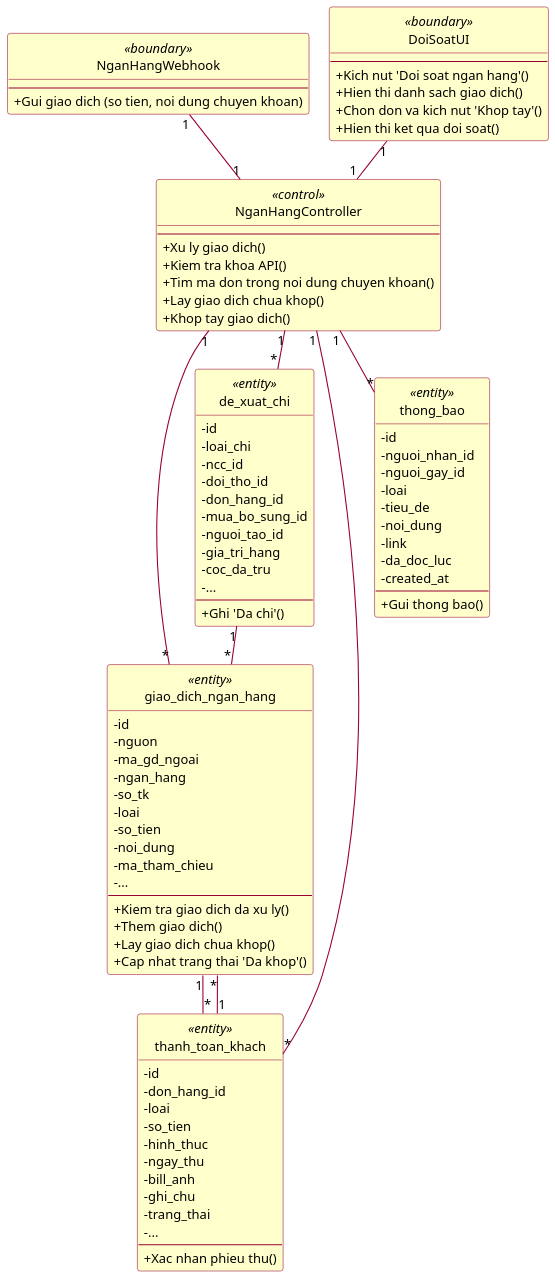
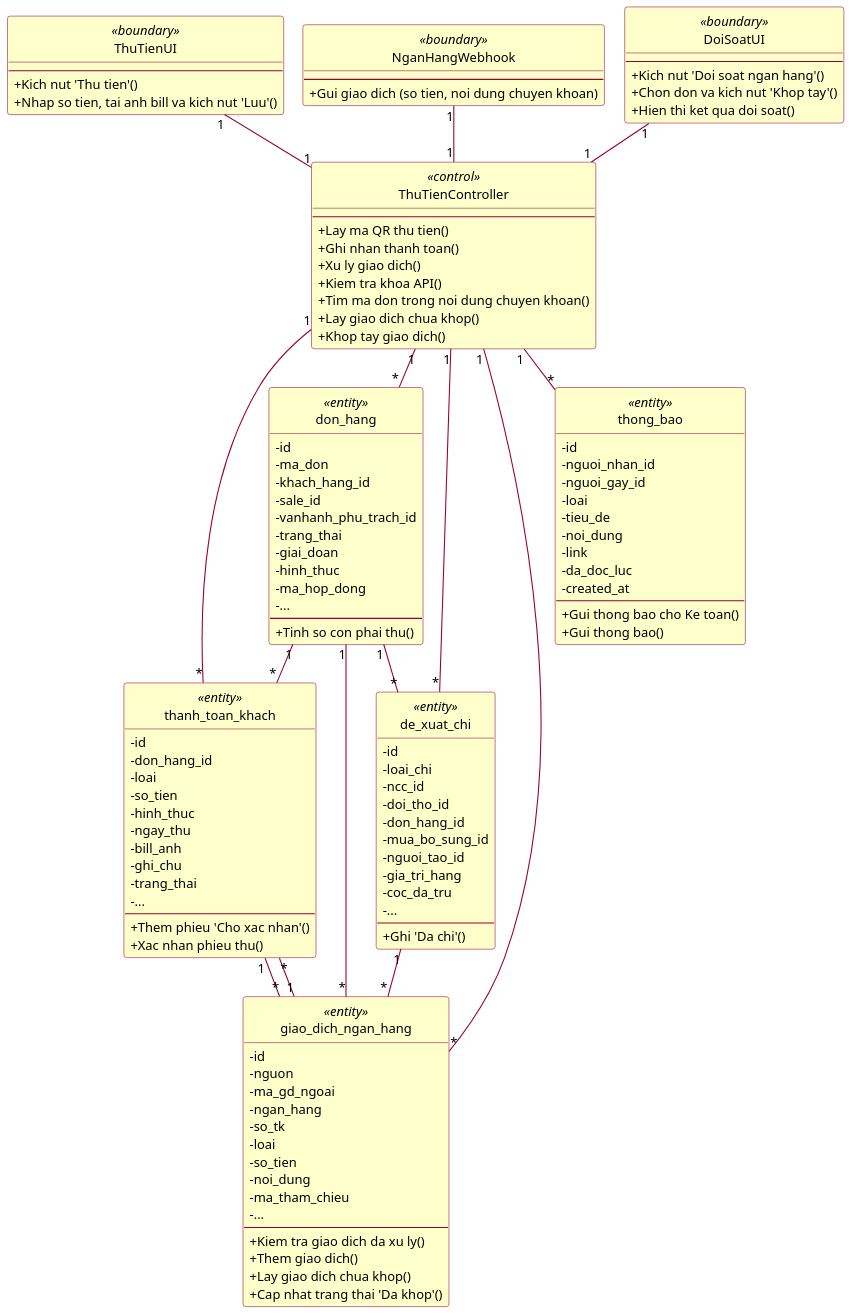
The diagram in _hinh/puml_rose/cls_doi_soat.puml (simunaroo/ERP), drawn with PlantUML before and after one commit. The commit also changed 70 other files, not shown here.

First line of the commit message:
docs: cap nhat README, so do va cong cu bao cao (bao cao rut gon con 74 trang)

```diff
--- a/_hinh/puml_rose/cls_doi_soat.puml
+++ b/_hinh/puml_rose/cls_doi_soat.puml
@@ -1,114 +1,141 @@
 @startuml cls_doi_soat
 !pragma layout smetana
 skinparam dpi 150
 skinparam defaultFontName Arial
 skinparam defaultFontSize 12
 skinparam shadowing false
 skinparam ArrowColor #990033
 skinparam ActorBorderColor #990033
 skinparam ActorBackgroundColor #FFFFCC
 skinparam UsecaseBorderColor #990033
 skinparam UsecaseBackgroundColor #FFFFCC
 skinparam ClassBorderColor #990033
 skinparam ClassBackgroundColor #FFFFCC
 skinparam ParticipantBorderColor #990033
 skinparam ParticipantBackgroundColor #FFFFCC
 skinparam BoundaryBackgroundColor #FFFFCC
 skinparam BoundaryBorderColor #990033
 skinparam ControlBackgroundColor #FFFFCC
 skinparam ControlBorderColor #990033
 skinparam EntityBackgroundColor #FFFFCC
 skinparam EntityBorderColor #990033
 skinparam SequenceLifeLineBorderColor #444444
 skinparam NoteBackgroundColor #FFFFCC
 skinparam NoteBorderColor #990033
 skinparam packageStyle rectangle
 hide circle
 skinparam classAttributeIconSize 0
+class "ThuTienUI" as UI <<boundary>> {
+  --
+  +Kich nut 'Thu tien'()
+  +Nhap so tien, tai anh bill va kich nut 'Luu'()
+}
 class "NganHangWebhook" as WH <<boundary>> {
   --
   +Gui giao dich (so tien, noi dung chuyen khoan)
 }
-class "DoiSoatUI" as UI <<boundary>> {
+class "DoiSoatUI" as DS <<boundary>> {
   --
   +Kich nut 'Doi soat ngan hang'()
-  +Hien thi danh sach giao dich()
   +Chon don va kich nut 'Khop tay'()
   +Hien thi ket qua doi soat()
 }
-class "NganHangController" as C <<control>> {
+class "ThuTienController" as C <<control>> {
   --
+  +Lay ma QR thu tien()
+  +Ghi nhan thanh toan()
   +Xu ly giao dich()
   +Kiem tra khoa API()
   +Tim ma don trong noi dung chuyen khoan()
   +Lay giao dich chua khop()
   +Khop tay giao dich()
+}
+class "don_hang" as DH <<entity>> {
+  -id
+  -ma_don
+  -khach_hang_id
+  -sale_id
+  -vanhanh_phu_trach_id
+  -trang_thai
+  -giai_doan
+  -hinh_thuc
+  -ma_hop_dong
+  -...
+  --
+  +Tinh so con phai thu()
+}
+class "thanh_toan_khach" as TT <<entity>> {
+  -id
+  -don_hang_id
+  -loai
+  -so_tien
+  -hinh_thuc
+  -ngay_thu
+  -bill_anh
+  -ghi_chu
+  -trang_thai
+  -...
+  --
+  +Them phieu 'Cho xac nhan'()
+  +Xac nhan phieu thu()
 }
 class "giao_dich_ngan_hang" as GD <<entity>> {
   -id
   -nguon
   -ma_gd_ngoai
   -ngan_hang
   -so_tk
   -loai
   -so_tien
   -noi_dung
   -ma_tham_chieu
   -...
   --
   +Kiem tra giao dich da xu ly()
   +Them giao dich()
   +Lay giao dich chua khop()
   +Cap nhat trang thai 'Da khop'()
-}
-class "thanh_toan_khach" as TT <<entity>> {
-  -id
-  -don_hang_id
-  -loai
-  -so_tien
-  -hinh_thuc
-  -ngay_thu
-  -bill_anh
-  -ghi_chu
-  -trang_thai
-  -...
-  --
-  +Xac nhan phieu thu()
 }
 class "de_xuat_chi" as DX <<entity>> {
   -id
   -loai_chi
   -ncc_id
   -doi_tho_id
   -don_hang_id
   -mua_bo_sung_id
   -nguoi_tao_id
   -gia_tri_hang
   -coc_da_tru
   -...
   --
   +Ghi 'Da chi'()
 }
 class "thong_bao" as TB <<entity>> {
   -id
   -nguoi_nhan_id
   -nguoi_gay_id
   -loai
   -tieu_de
   -noi_dung
   -link
   -da_doc_luc
   -created_at
   --
+  +Gui thong bao cho Ke toan()
   +Gui thong bao()
 }
+UI "1" -- "1" C
 WH "1" -- "1" C
-UI "1" -- "1" C
+DS "1" -- "1" C
+C "1" -- "*" DH
+C "1" -- "*" TT
 C "1" -- "*" GD
-C "1" -- "*" TT
 C "1" -- "*" DX
 C "1" -- "*" TB
+DH "1" -- "*" DX
+DH "1" -- "*" TT
+DH "1" -- "*" GD
 TT "1" -- "*" GD
 DX "1" -- "*" GD
 GD "1" -- "*" TT
 @enduml
```
